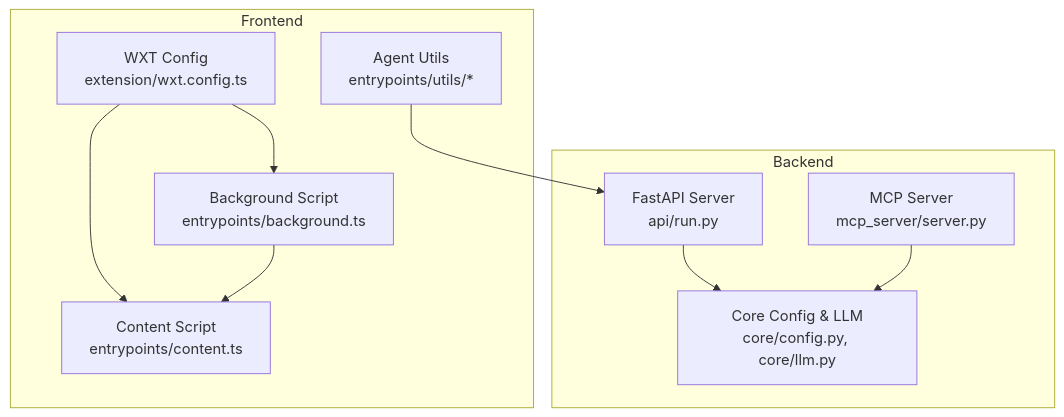
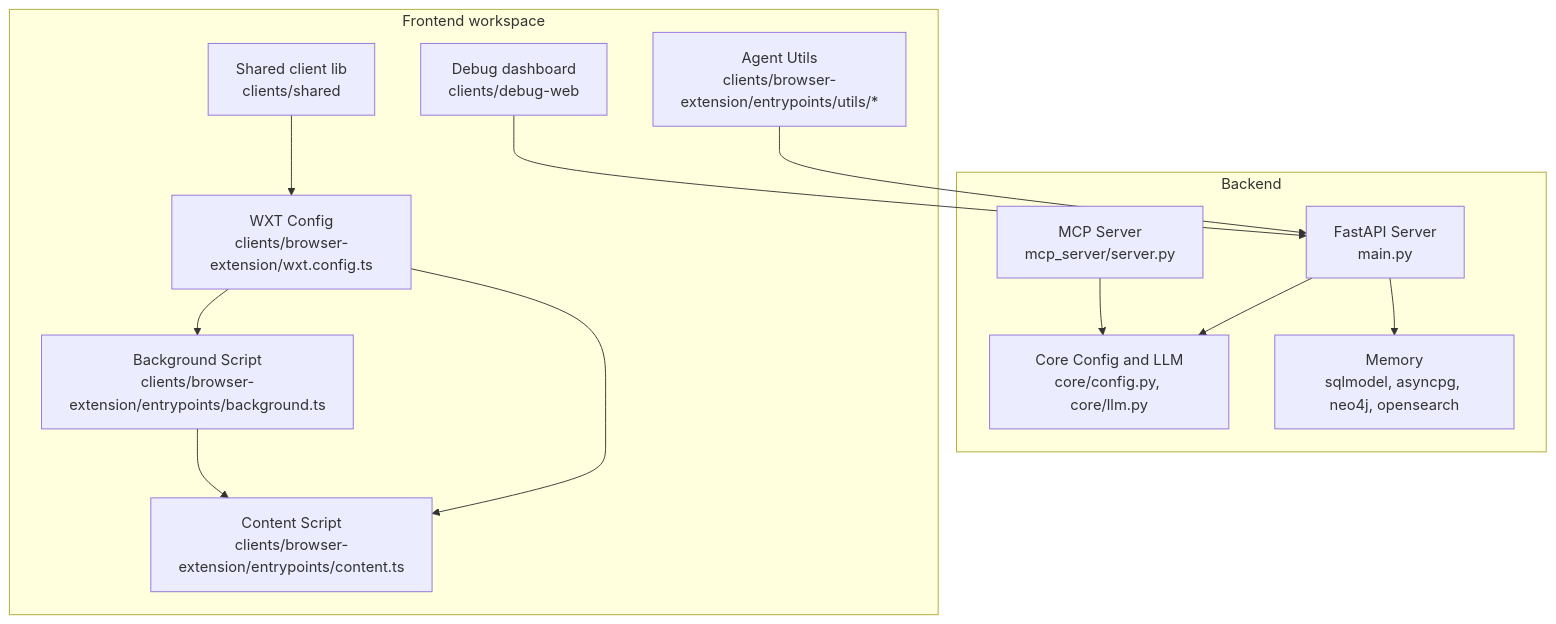
Before and after one commit to tashifkhan/tashif.codes: the first of 6 diagrams in src/data/docs/agentic-browser/Getting Started.md, drawn with Mermaid. The commit also changed other lines of this file and 2128 other files, not shown here.

First line of the commit message:
docs: replace raster diagram images with native Mermaid across project guides

````diff
--- a/src/data/docs/agentic-browser/Getting Started.md
+++ b/src/data/docs/agentic-browser/Getting Started.md
@@ -19,20 +13,26 @@
 ```mermaid
 graph TB
 subgraph "Backend"
-A["FastAPI Server<br/>api/run.py"]
+A["FastAPI Server<br/>main.py"]
 B["MCP Server<br/>mcp_server/server.py"]
-C["Core Config & LLM<br/>core/config.py, core/llm.py"]
+C["Core Config and LLM<br/>core/config.py, core/llm.py"]
+MEM["Memory<br/>sqlmodel, asyncpg, neo4j, opensearch"]
 end
-subgraph "Frontend"
-D["WXT Config<br/>extension/wxt.config.ts"]
-E["Background Script<br/>entrypoints/background.ts"]
-F["Content Script<br/>entrypoints/content.ts"]
-G["Agent Utils<br/>entrypoints/utils/*"]
+subgraph "Frontend workspace"
+D["WXT Config<br/>clients/browser-extension/wxt.config.ts"]
+E["Background Script<br/>clients/browser-extension/entrypoints/background.ts"]
+F["Content Script<br/>clients/browser-extension/entrypoints/content.ts"]
+G["Agent Utils<br/>clients/browser-extension/entrypoints/utils/*"]
+DBG["Debug dashboard<br/>clients/debug-web"]
+SHR["Shared client lib<br/>clients/shared"]
 end
 A --> C
 B --> C
+A --> MEM
 D --> E
 D --> F
 E --> F
 G --> A
+DBG --> A
+SHR --> D
 ```
````
